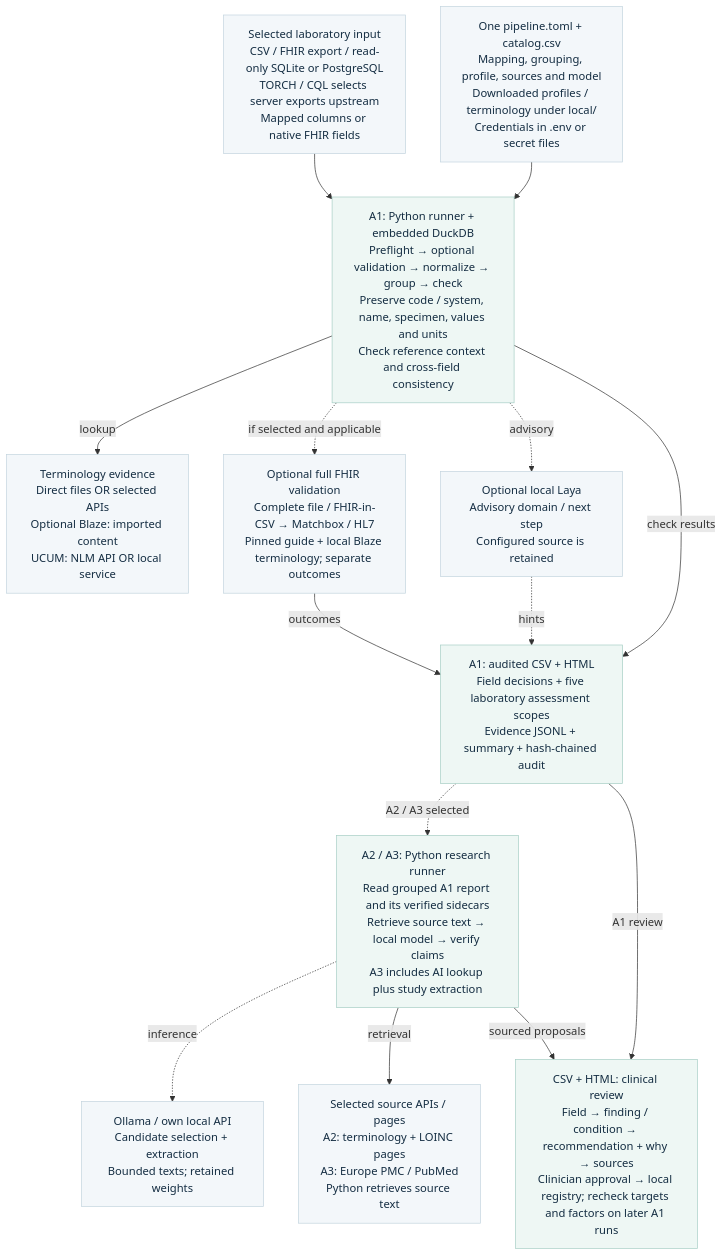
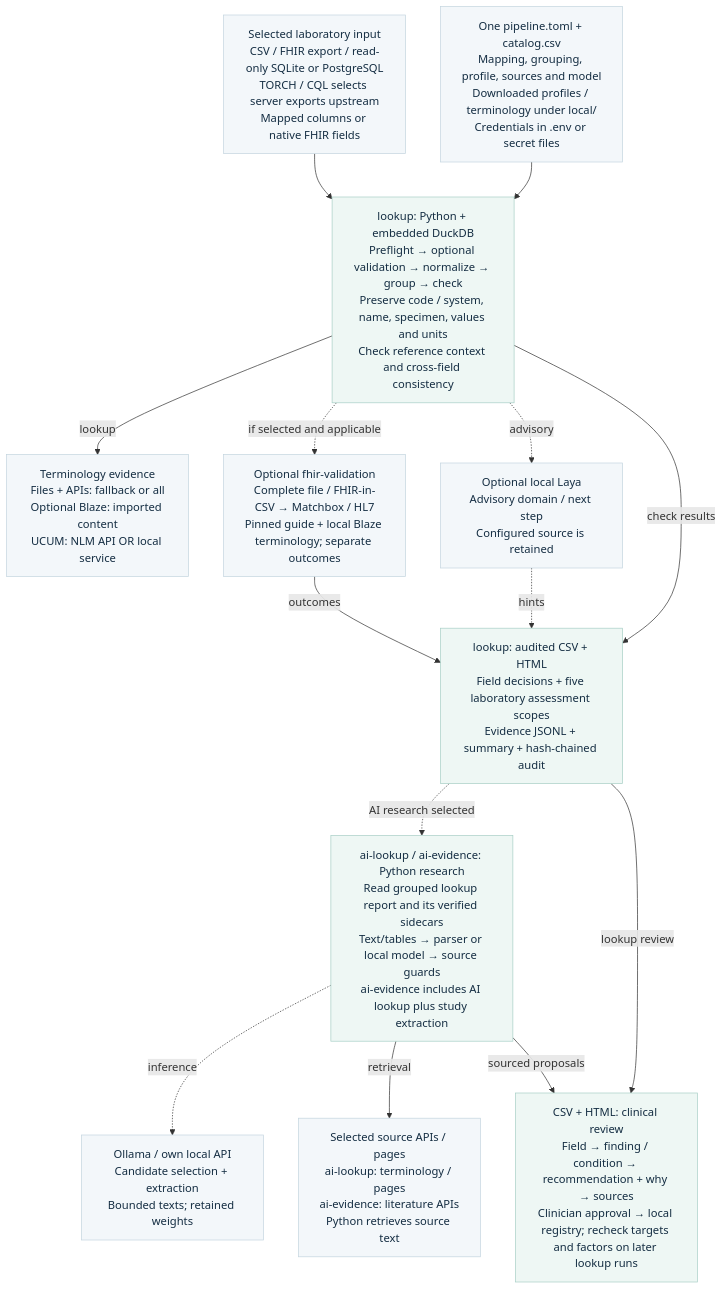
Before and after one commit to neumdan/semantic-plausibility: the first of 2 diagrams in README.md, drawn with Mermaid. The commit also changed other lines of this file and 45 other files, not shown here.

Commit message:
Add source-grounded laboratory evidence and validation study workflow

````diff
--- a/README.md
+++ b/README.md
@@ -137,32 +146,32 @@
 ```mermaid
 %% Generated with architecture.svg by tools/render_batch_diagrams.py.
 flowchart TD
     INPUT["Selected laboratory input<br/>CSV / FHIR export / read-only SQLite or PostgreSQL<br/>TORCH / CQL selects server exports upstream<br/>Mapped columns or native FHIR fields"]
     CONFIG["One pipeline.toml + catalog.csv<br/>Mapping, grouping, profile, sources and model<br/>Downloaded profiles / terminology under local/<br/>Credentials in .env or secret files"]
-    A1["A1: Python runner + embedded DuckDB<br/>Preflight → optional validation → normalize → group → check<br/>Preserve code / system, name, specimen, values and units<br/>Check reference context and cross-field consistency"]
-    TX["Terminology evidence<br/>Direct files OR selected APIs<br/>Optional Blaze: imported content<br/>UCUM: NLM API OR local service"]
-    VALIDATE["Optional full FHIR validation<br/>Complete file / FHIR-in-CSV → Matchbox / HL7<br/>Pinned guide + local Blaze terminology; separate outcomes"]
+    LOOKUP["lookup: Python + embedded DuckDB<br/>Preflight → optional validation → normalize → group → check<br/>Preserve code / system, name, specimen, values and units<br/>Check reference context and cross-field consistency"]
+    TX["Terminology evidence<br/>Files + APIs: fallback or all<br/>Optional Blaze: imported content<br/>UCUM: NLM API OR local service"]
+    VALIDATE["Optional fhir-validation<br/>Complete file / FHIR-in-CSV → Matchbox / HL7<br/>Pinned guide + local Blaze terminology; separate outcomes"]
     LAYA["Optional local Laya<br/>Advisory domain / next step<br/>Configured source is retained"]
-    R1["A1: audited CSV + HTML<br/>Field decisions + five laboratory assessment scopes<br/>Evidence JSONL + summary + hash-chained audit"]
+    R1["lookup: audited CSV + HTML<br/>Field decisions + five laboratory assessment scopes<br/>Evidence JSONL + summary + hash-chained audit"]
     MODEL["Ollama / own local API<br/>Candidate selection + extraction<br/>Bounded texts; retained weights"]
-    RESEARCH["A2 / A3: Python research runner<br/>Read grouped A1 report and its verified sidecars<br/>Retrieve source text → local model → verify claims<br/>A3 includes AI lookup plus study extraction"]
-    WEB["Selected source APIs / pages<br/>A2: terminology + LOINC pages<br/>A3: Europe PMC / PubMed<br/>Python retrieves source text"]
-    OUT["CSV + HTML: clinical review<br/>Field → finding / condition → recommendation + why → sources<br/>Clinician approval → local registry; recheck targets and factors on later A1 runs"]
-    INPUT --> A1
-    CONFIG --> A1
-    A1 --> |"lookup"| TX
-    A1 -.-> |"if selected and applicable"| VALIDATE
-    A1 -.-> |"advisory"| LAYA
-    A1 --> |"check results"| R1
+    RESEARCH["ai-lookup / ai-evidence: Python research<br/>Read grouped lookup report and its verified sidecars<br/>Text/tables → parser or local model → source guards<br/>ai-evidence includes AI lookup plus study extraction"]
+    WEB["Selected source APIs / pages<br/>ai-lookup: terminology / pages<br/>ai-evidence: literature APIs<br/>Python retrieves source text"]
+    OUT["CSV + HTML: clinical review<br/>Field → finding / condition → recommendation + why → sources<br/>Clinician approval → local registry; recheck targets and factors on later lookup runs"]
+    INPUT --> LOOKUP
+    CONFIG --> LOOKUP
+    LOOKUP --> |"lookup"| TX
+    LOOKUP -.-> |"if selected and applicable"| VALIDATE
+    LOOKUP -.-> |"advisory"| LAYA
+    LOOKUP --> |"check results"| R1
     VALIDATE --> |"outcomes"| R1
     LAYA -.-> |"hints"| R1
-    R1 -.-> |"A2 / A3 selected"| RESEARCH
-    R1 --> |"A1 review"| OUT
+    R1 -.-> |"AI research selected"| RESEARCH
+    R1 --> |"lookup review"| OUT
     RESEARCH -.-> |"inference"| MODEL
     RESEARCH --> |"retrieval"| WEB
     RESEARCH --> |"sourced proposals"| OUT
     classDef normal fill:#f3f7fa,stroke:#c4d5df,color:#142d42
     class INPUT,CONFIG,TX,VALIDATE,LAYA,MODEL,WEB normal
     classDef teal fill:#eef7f4,stroke:#a8cfc6,color:#142d42
-    class A1,R1,RESEARCH,OUT teal
+    class LOOKUP,R1,RESEARCH,OUT teal
 ```
````
